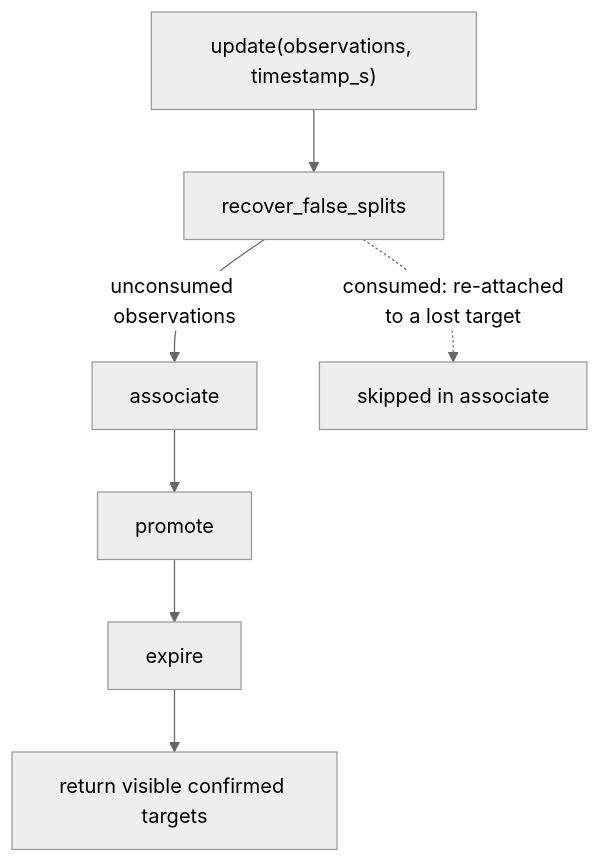
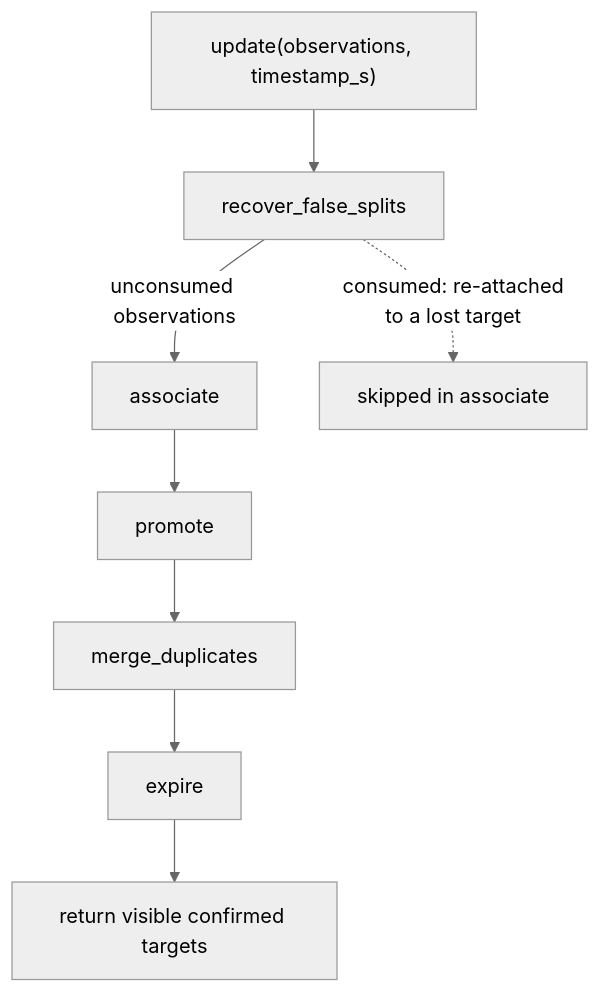
One commit to Boston-Robot-Hackers/dome_semantic changed the diagram in process/01-literate/10-world_tracker.md. Above: the diagram before and after it, drawn with Mermaid (neutral theme). The commit also changed other lines of this file and 25 other files, not shown here.

````diff
--- a/process/01-literate/10-world_tracker.md
+++ b/process/01-literate/10-world_tracker.md
@@ -37,9 +41,10 @@
 ```mermaid
 flowchart TD
     A["update(observations, timestamp_s)"] --> B[recover_false_splits]
     B -->|unconsumed observations| C[associate]
     C --> D[promote]
-    D --> E[expire]
+    D --> M[merge_duplicates]
+    M --> E[expire]
     E --> F["return visible confirmed targets"]
     B -.->|consumed: re-attached<br/>to a lost target| G[skipped in associate]
 ```
````
